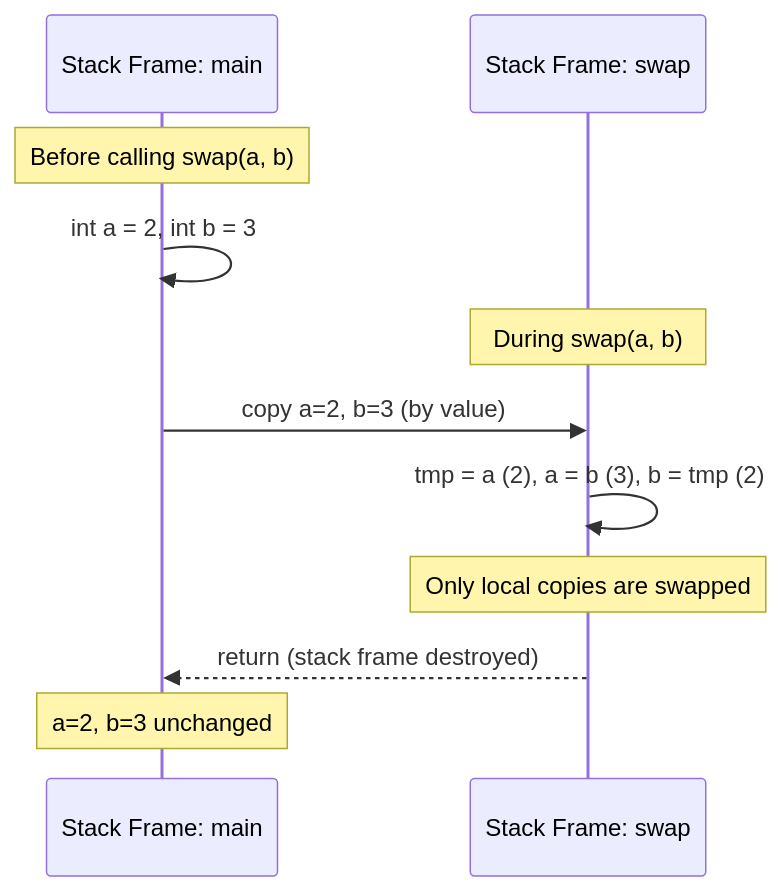
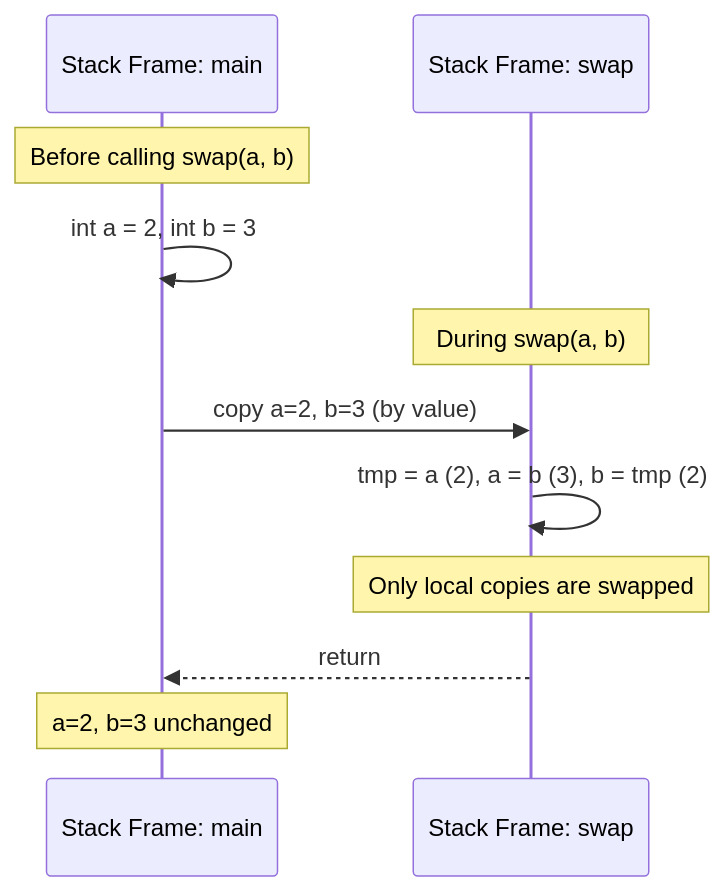
The third of 5 diagrams in slides/E2.1 - Java Basics.md (nbicocchi/learn-java-core), drawn with Mermaid before and after one commit. The commit also changed other lines of this file, not shown here.

````diff
--- a/slides/E2.1 - Java Basics.md
+++ b/slides/E2.1 - Java Basics.md
@@ -388,18 +399,18 @@
 ```mermaid
 sequenceDiagram
     participant MainStack as Stack Frame: main
     participant SwapStack as Stack Frame: swap
 
     Note over MainStack: Before calling swap(a, b)
     MainStack->>MainStack: int a = 2, int b = 3
 
     Note over SwapStack: During swap(a, b)
     MainStack->>SwapStack: copy a=2, b=3 (by value)
 
     SwapStack->>SwapStack: tmp = a (2), a = b (3), b = tmp (2)
 
     Note over SwapStack: Only local copies are swapped
-    SwapStack-->>MainStack: return (stack frame destroyed)
+    SwapStack-->>MainStack: return
 
     Note over MainStack: a=2, b=3 unchanged
 ```
````
